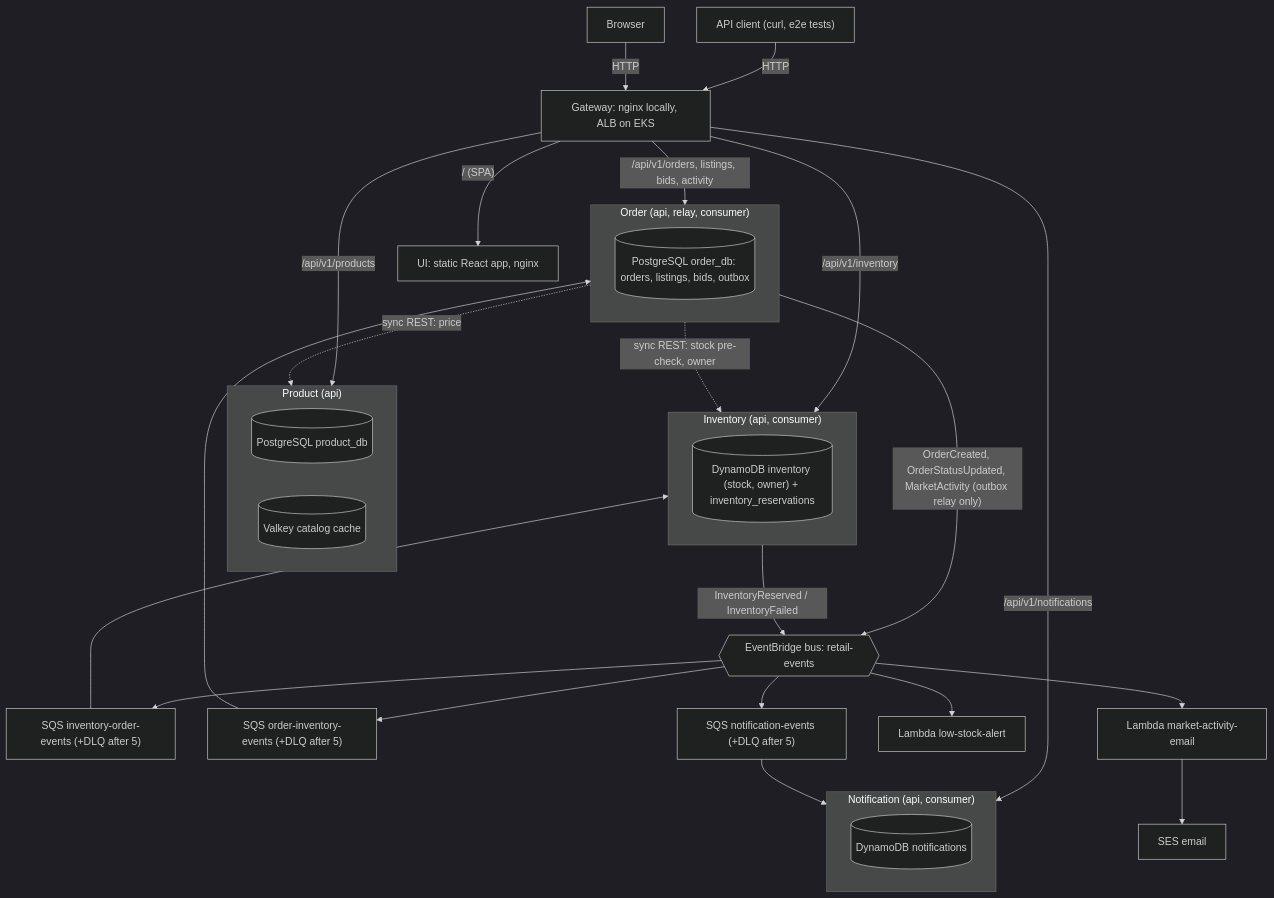
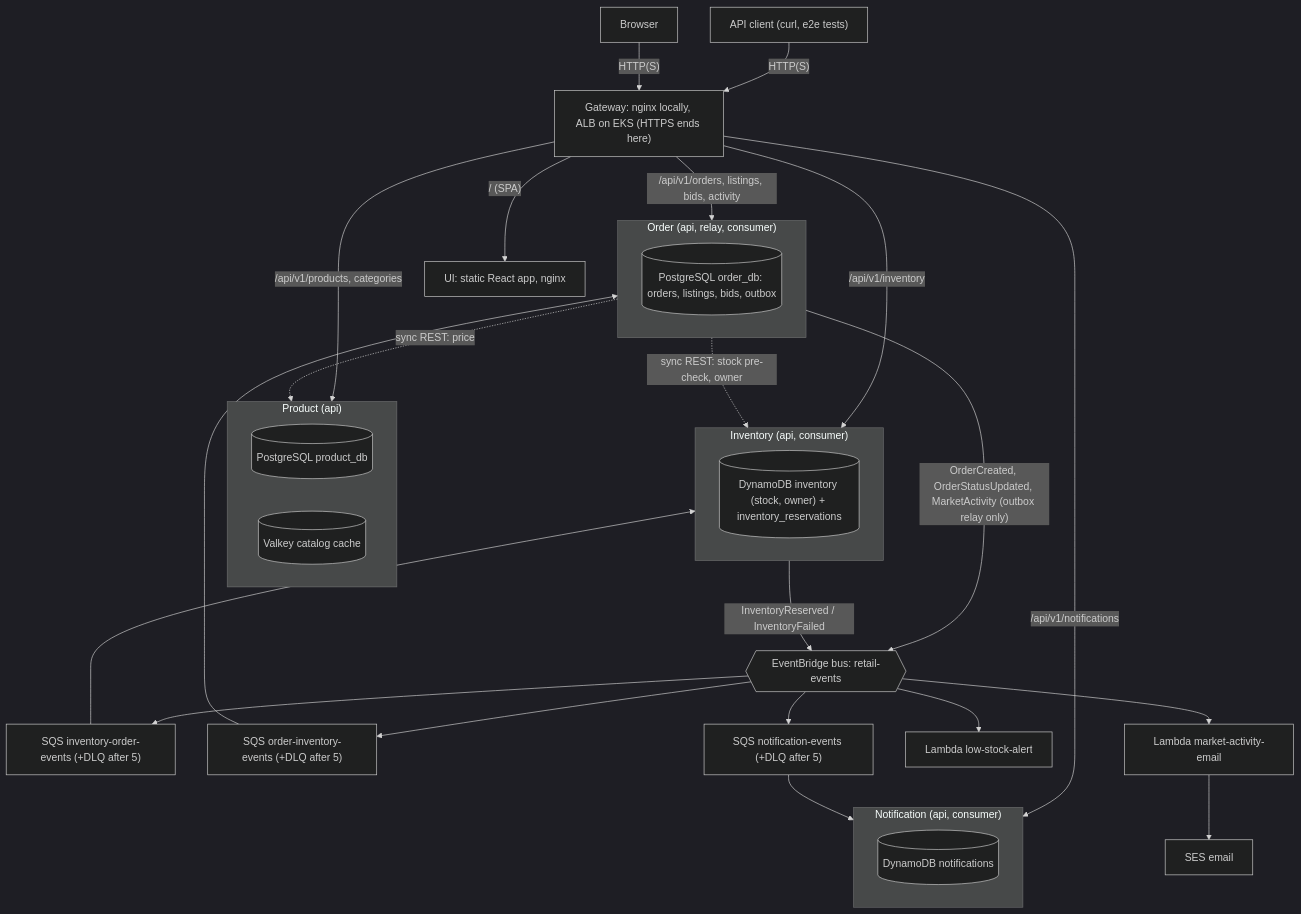
One commit to loriamichaelj/cloud-punks changed the first of 4 diagrams in docs/DESIGN.md. Above: the diagram before and after it, drawn with Mermaid (dark theme). The commit also changed other lines of this file and 3 other files, not shown here.

First line of the commit message:
Docs: diagrams and text brought in line with the current build

````diff
--- a/docs/DESIGN.md
+++ b/docs/DESIGN.md
@@ -74,33 +74,33 @@
 ```mermaid
 flowchart TB
-  client["API client (curl, e2e tests)"] -->|HTTP| gw["Gateway: nginx locally, ALB on EKS"]
-  browser["Browser"] -->|HTTP| gw
+  client["API client (curl, e2e tests)"] -->|"HTTP(S)"| gw["Gateway: nginx locally, ALB on EKS (HTTPS ends here)"]
+  browser["Browser"] -->|"HTTP(S)"| gw
   gw -->|"/ (SPA)"| UIS["UI: static React app, nginx"]
-  gw -->|/api/v1/products| P
+  gw -->|"/api/v1/products, categories"| P
   gw -->|/api/v1/inventory| I
   gw -->|"/api/v1/orders, listings, bids, activity"| O
   gw -->|/api/v1/notifications| N
   subgraph P["Product (api)"]
     Ppg[("PostgreSQL product_db")]
     Pvk[("Valkey catalog cache")]
   end
   subgraph I["Inventory (api, consumer)"]
     Iddb[("DynamoDB inventory (stock, owner) + inventory_reservations")]
   end
   subgraph O["Order (api, relay, consumer)"]
     Opg[("PostgreSQL order_db: orders, listings, bids, outbox")]
   end
   subgraph N["Notification (api, consumer)"]
     Nddb[("DynamoDB notifications")]
   end
   O -. "sync REST: price" .-> P
   O -. "sync REST: stock pre-check, owner" .-> I
   O -->|"OrderCreated, OrderStatusUpdated, MarketActivity (outbox relay only)"| BUS
   I -->|"InventoryReserved / InventoryFailed"| BUS
   BUS{{"EventBridge bus: retail-events"}}
   BUS --> Q1["SQS inventory-order-events (+DLQ after 5)"] --> I
   BUS --> Q2["SQS order-inventory-events (+DLQ after 5)"] --> O
   BUS --> Q3["SQS notification-events (+DLQ after 5)"] --> N
   BUS --> L["Lambda low-stock-alert"]
   BUS --> M["Lambda market-activity-email"] --> SES["SES email"]
 ```
````
